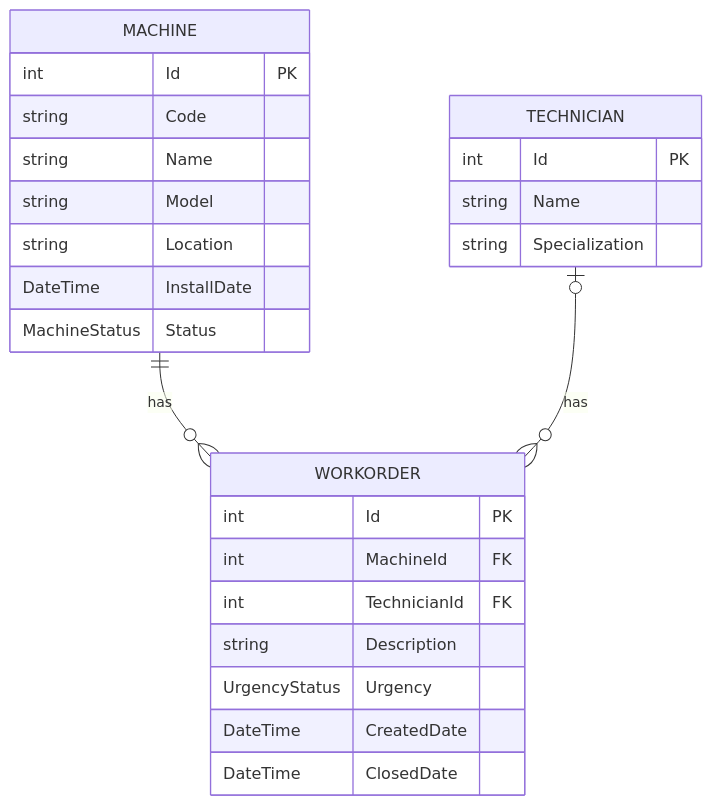
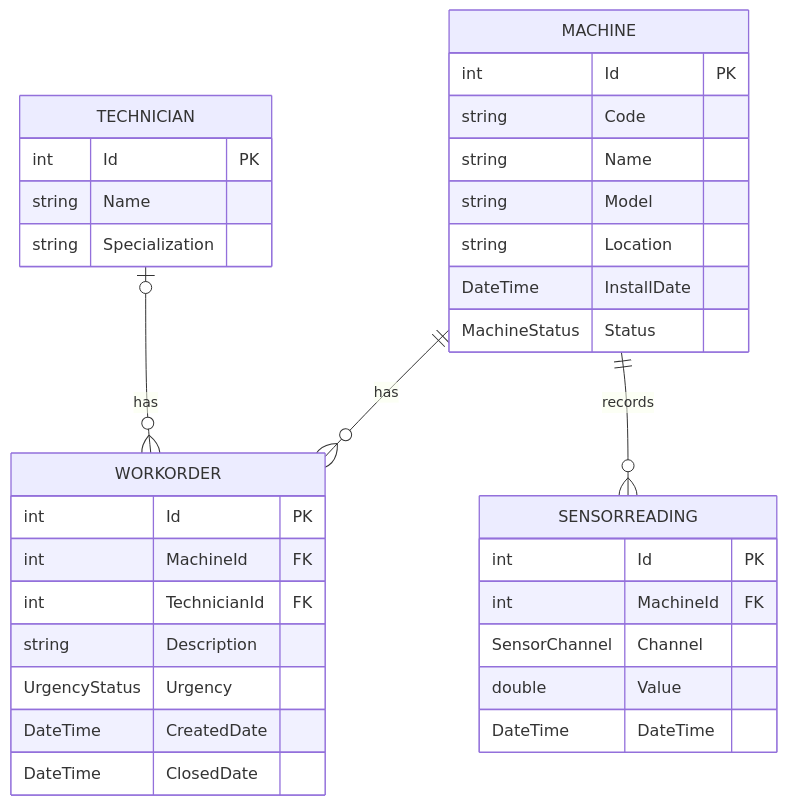
One commit to Oz05-jpg/FMMS-Machine-Monitoring changed the diagram in docs/er-diagram.md. Above: the diagram before and after it, drawn with Mermaid. The commit also changed 6 other files, not shown here.

````diff
--- a/docs/er-diagram.md
+++ b/docs/er-diagram.md
@@ -3,29 +3,37 @@
 ```mermaid
 erDiagram
     MACHINE    ||--o{ WORKORDER : has
     TECHNICIAN |o--o{ WORKORDER : has
+    MACHINE ||--o{ SENSORREADING : records
 
     MACHINE {
         int Id PK
         string Code
         string Name
         string Model
         string Location
         DateTime InstallDate
         MachineStatus Status
     }
     TECHNICIAN {
         int Id PK
         string Name
         string Specialization
     }
     WORKORDER {
         int Id PK
         int MachineId FK
         int TechnicianId FK
         string Description
         UrgencyStatus Urgency
         DateTime CreatedDate
         DateTime ClosedDate
     }
+    SENSORREADING {
+        int Id PK
+        int MachineId FK
+        SensorChannel Channel
+        double Value
+        DateTime DateTime
+    }
 ```
````
